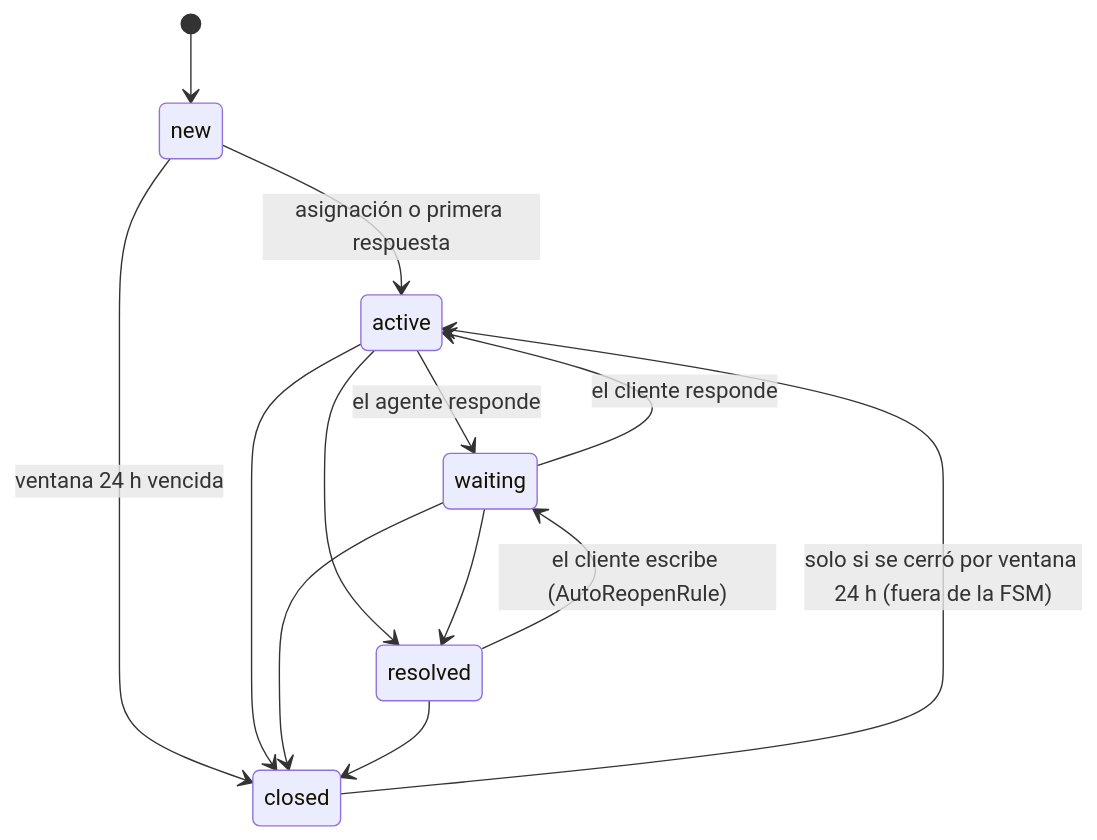
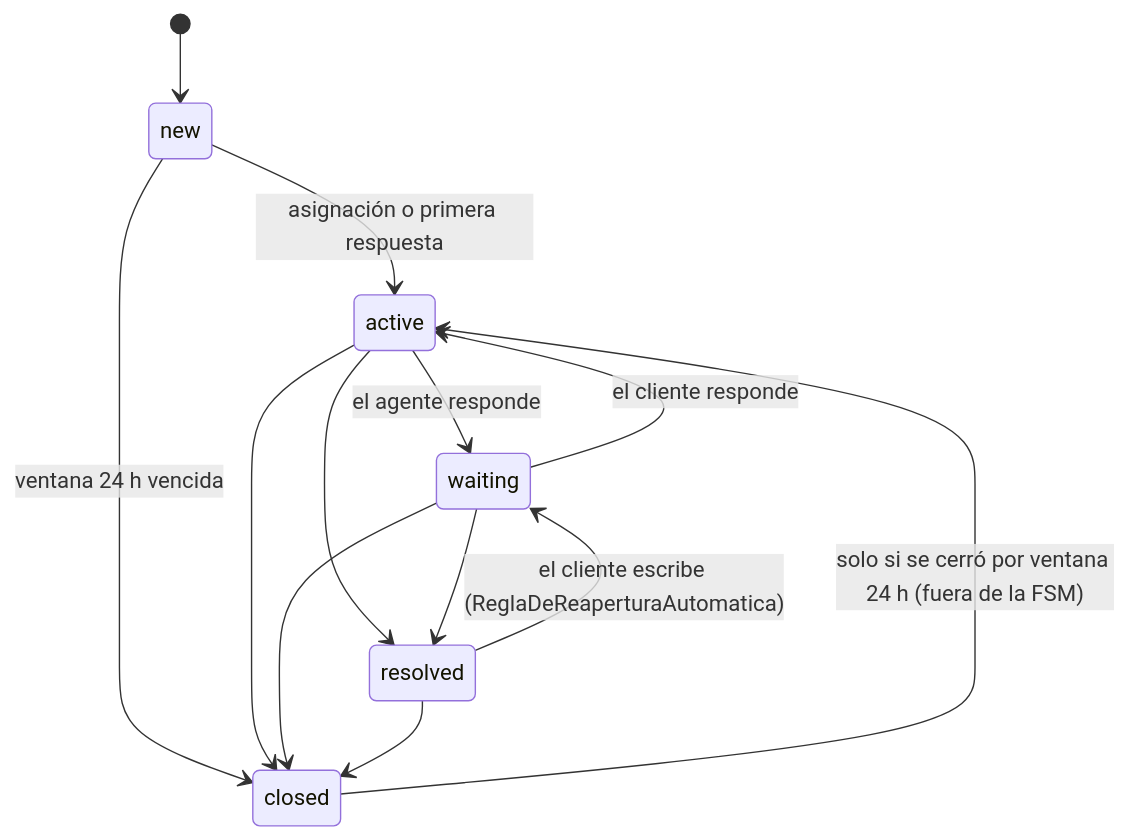
The second of 2 diagrams in docs/02_sistema-actual/04-flujos.md (giannizeniquel/inbiox), drawn with Mermaid before and after one commit. The commit also changed other lines of this file and 25 other files, not shown here.

````diff
--- a/docs/02_sistema-actual/04-flujos.md
+++ b/docs/02_sistema-actual/04-flujos.md
@@ -157,15 +157,15 @@
 ```mermaid
 stateDiagram-v2
     [*] --> new
     new --> active : asignación o primera respuesta
     new --> closed : ventana 24 h vencida
     active --> waiting : el agente responde
     active --> resolved
     active --> closed
     waiting --> active : el cliente responde
     waiting --> resolved
     waiting --> closed
-    resolved --> waiting : el cliente escribe (AutoReopenRule)
+    resolved --> waiting : el cliente escribe (ReglaDeReaperturaAutomatica)
     resolved --> closed
     closed --> active : solo si se cerró por ventana 24 h (fuera de la FSM)
 ```
````
